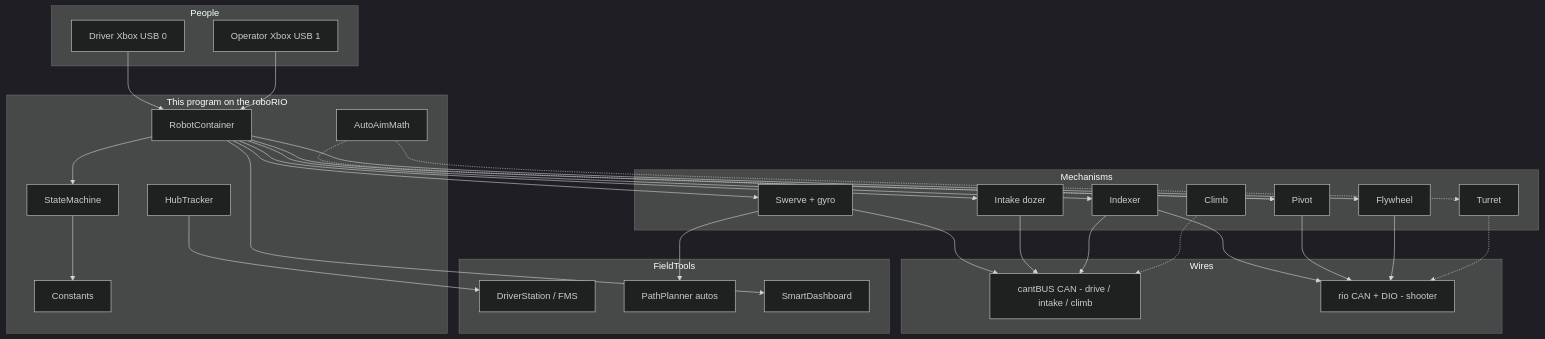
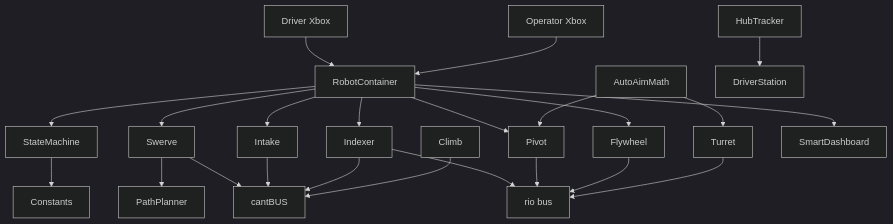
The fourth of 4 diagrams in README.md (bemnet4u/frc2026), drawn with Mermaid (dark theme) before and after one commit. The commit also changed other lines of this file, not shown here.

Commit message:
Simplify README Mermaid diagrams so they render in preview.

````diff
--- a/README.md
+++ b/README.md
@@ -318,59 +294,25 @@
 ```mermaid
 flowchart TB
-    subgraph People
-        D[Driver Xbox USB 0]
-        O[Operator Xbox USB 1]
-    end
-
-    subgraph Software["This program on the roboRIO"]
-        RC[RobotContainer]
-        SM[StateMachine]
-        HT[HubTracker]
-        AM[AutoAimMath]
-        C[Constants]
-    end
-
-    subgraph Mechanisms
-        SW[Swerve + gyro]
-        IN[Intake dozer]
-        IX[Indexer]
-        PV[Pivot]
-        FW[Flywheel]
-        TU[Turret]
-        CL[Climb]
-    end
-
-    subgraph Wires
-        CAN["cantBUS CAN - drive / intake / climb"]
-        RIO["rio CAN + DIO - shooter"]
-    end
-
-    subgraph FieldTools
-        DS[DriverStation / FMS]
-        PP[PathPlanner autos]
-        SD[SmartDashboard]
-    end
-
-    D --> RC
-    O --> RC
-    RC --> SM
-    RC --> SW
-    RC --> IN
-    RC --> IX
-    RC --> PV
-    RC --> FW
-    SM --> C
-    AM -.-> PV
-    AM -.-> TU
-    HT --> DS
-    SW --> PP
-    SW --> CAN
+    Driver[Driver Xbox] --> RC[RobotContainer]
+    Operator[Operator Xbox] --> RC
+    RC --> SM[StateMachine]
+    RC --> SW[Swerve]
+    RC --> IN[Intake]
+    RC --> IX[Indexer]
+    RC --> PV[Pivot]
+    RC --> FW[Flywheel]
+    SM --> Constants
+    AM[AutoAimMath] --> PV
+    AM --> TU[Turret]
+    HT[HubTracker] --> DS[DriverStation]
+    SW --> PP[PathPlanner]
+    SW --> CAN[cantBUS]
     IN --> CAN
     IX --> CAN
-    IX --> RIO
+    IX --> RIO[rio bus]
     PV --> RIO
     FW --> RIO
-    TU -.-> RIO
-    CL -.-> CAN
-    RC --> SD
+    TU --> RIO
+    CL[Climb] --> CAN
+    RC --> SD[SmartDashboard]
 ```
````
